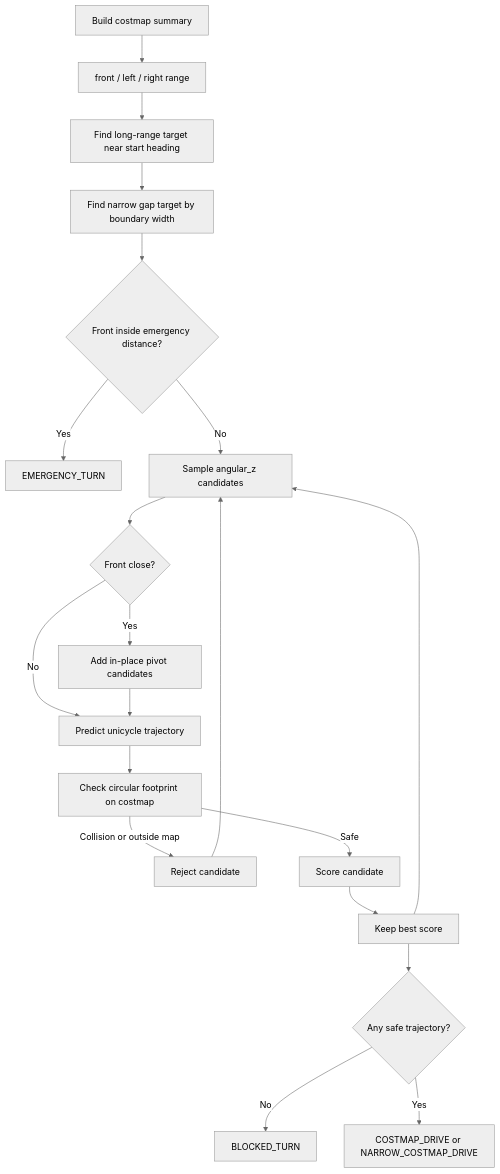
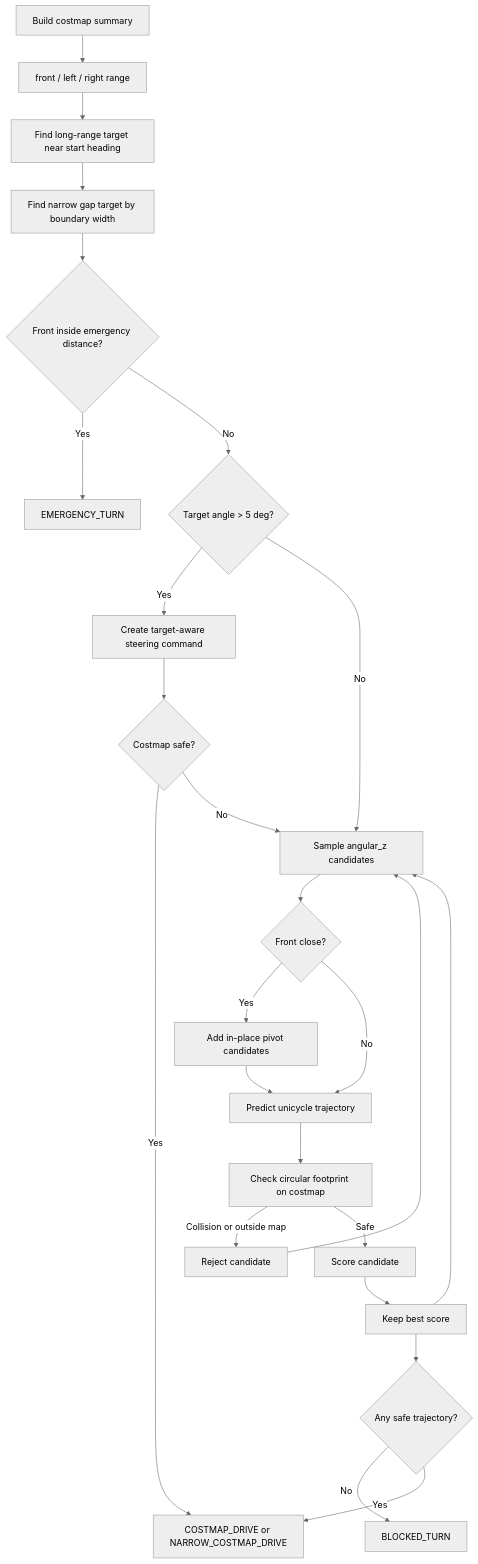
The third of 3 diagrams in src/turtlebot_autonomous_costmap_drive/Flow.md (jhongno01/ROS2_Courses), drawn with Mermaid (neutral theme) before and after one commit. The commit also changed other lines of this file and 2 other files, not shown here.

Commit message:
Add target-aware steering to costmap drive

````diff
--- a/src/turtlebot_autonomous_costmap_drive/Flow.md
+++ b/src/turtlebot_autonomous_costmap_drive/Flow.md
@@ -77,22 +77,27 @@
 ```mermaid
 flowchart TD
     A["Build costmap summary"] --> B["front / left / right range"]
     B --> B2["Find long-range target near start heading"]
     B2 --> B3["Find narrow gap target by boundary width"]
     B3 --> C{"Front inside emergency distance?"}
     C -- "Yes" --> D["EMERGENCY_TURN"]
-    C -- "No" --> E["Sample angular_z candidates"]
+    C -- "No" --> C2{"Target angle > 5 deg?"}
+    C2 -- "Yes" --> C3["Create target-aware steering command"]
+    C3 --> C4{"Costmap safe?"}
+    C4 -- "Yes" --> M["COSTMAP_DRIVE or NARROW_COSTMAP_DRIVE"]
+    C4 -- "No" --> E["Sample angular_z candidates"]
+    C2 -- "No" --> E
     E --> E2{"Front close?"}
     E2 -- "Yes" --> E3["Add in-place pivot candidates"]
     E2 -- "No" --> F["Predict unicycle trajectory"]
     E3 --> F
     F --> G["Check circular footprint on costmap"]
     G -- "Collision or outside map" --> H["Reject candidate"]
     G -- "Safe" --> I["Score candidate"]
     I --> J["Keep best score"]
     H --> E
     J --> E
     J --> K{"Any safe trajectory?"}
     K -- "No" --> L["BLOCKED_TURN"]
     K -- "Yes" --> M["COSTMAP_DRIVE or NARROW_COSTMAP_DRIVE"]
 ```
````
